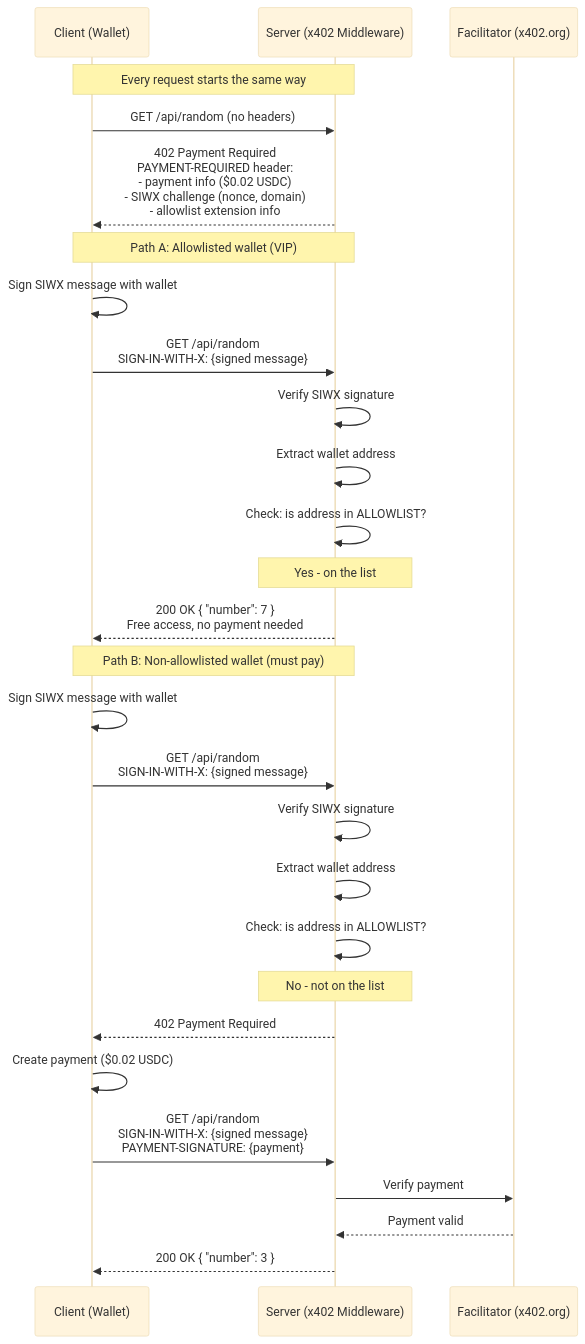
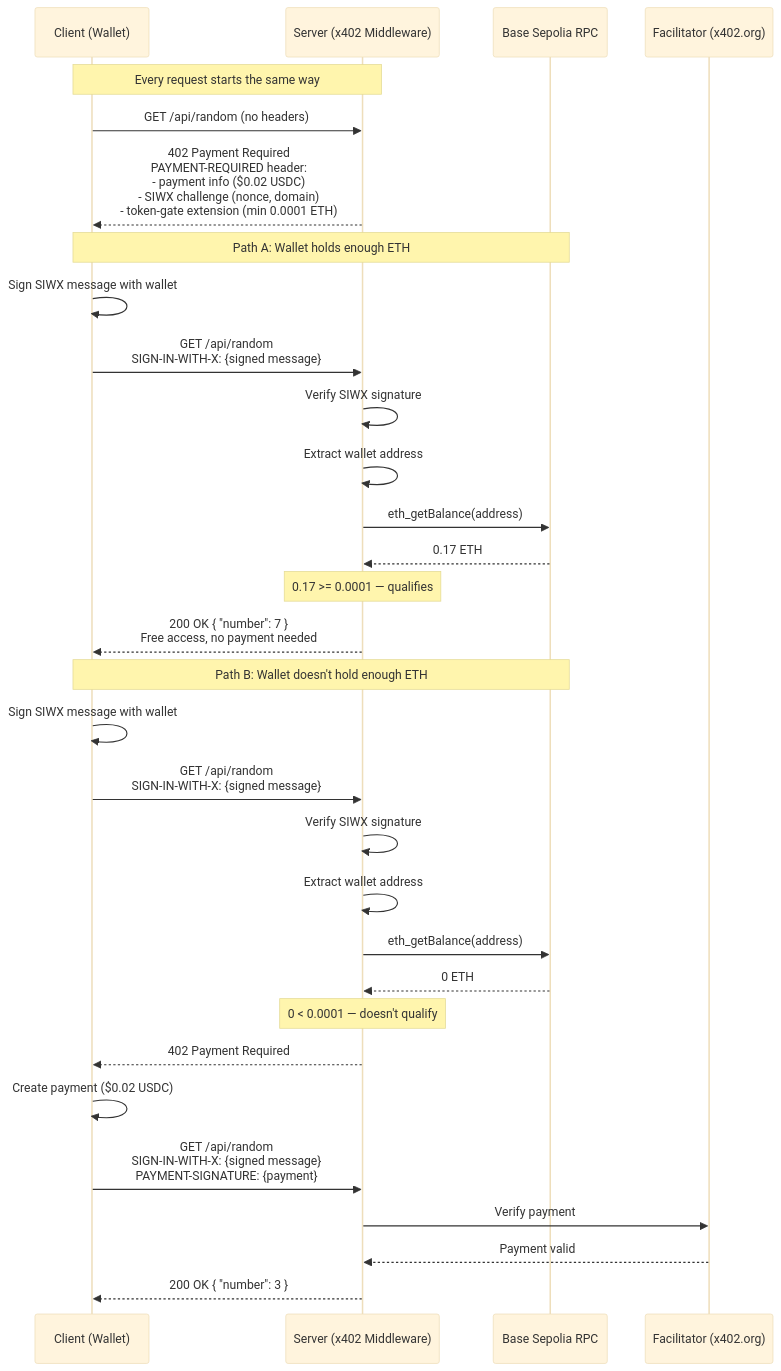
Before and after one commit to Must-be-Ash/siwx-token-gating: the diagram in GUIDE.md, drawn with Mermaid (base theme). The commit also changed other lines of this file and 6 other files, not shown here.

````diff
--- a/GUIDE.md
+++ b/GUIDE.md
@@ -23,37 +23,40 @@
 ```mermaid
 sequenceDiagram
     participant C as Client (Wallet)
     participant S as Server (x402 Middleware)
+    participant R as Base Sepolia RPC
     participant F as Facilitator (x402.org)
 
     Note over C,S: Every request starts the same way
 
     C->>S: GET /api/random (no headers)
-    S-->>C: 402 Payment Required<br/>PAYMENT-REQUIRED header:<br/>- payment info ($0.02 USDC)<br/>- SIWX challenge (nonce, domain)<br/>- allowlist extension info
+    S-->>C: 402 Payment Required<br/>PAYMENT-REQUIRED header:<br/>- payment info ($0.02 USDC)<br/>- SIWX challenge (nonce, domain)<br/>- token-gate extension (min 0.0001 ETH)
 
-    Note over C,S: Path A: Allowlisted wallet (VIP)
+    Note over C,R: Path A: Wallet holds enough ETH
 
     C->>C: Sign SIWX message with wallet
     C->>S: GET /api/random<br/>SIGN-IN-WITH-X: {signed message}
     S->>S: Verify SIWX signature
     S->>S: Extract wallet address
-    S->>S: Check: is address in ALLOWLIST?
-    Note over S: Yes - on the list
+    S->>R: eth_getBalance(address)
+    R-->>S: 0.17 ETH
+    Note over S: 0.17 >= 0.0001 — qualifies
     S-->>C: 200 OK { "number": 7 }<br/>Free access, no payment needed
 
-    Note over C,S: Path B: Non-allowlisted wallet (must pay)
+    Note over C,R: Path B: Wallet doesn't hold enough ETH
 
     C->>C: Sign SIWX message with wallet
     C->>S: GET /api/random<br/>SIGN-IN-WITH-X: {signed message}
     S->>S: Verify SIWX signature
     S->>S: Extract wallet address
-    S->>S: Check: is address in ALLOWLIST?
-    Note over S: No - not on the list
+    S->>R: eth_getBalance(address)
+    R-->>S: 0 ETH
+    Note over S: 0 < 0.0001 — doesn't qualify
     S-->>C: 402 Payment Required
 
     C->>C: Create payment ($0.02 USDC)
     C->>S: GET /api/random<br/>SIGN-IN-WITH-X: {signed message}<br/>PAYMENT-SIGNATURE: {payment}
     S->>F: Verify payment
     F-->>S: Payment valid
     S-->>C: 200 OK { "number": 3 }
 ```
````
